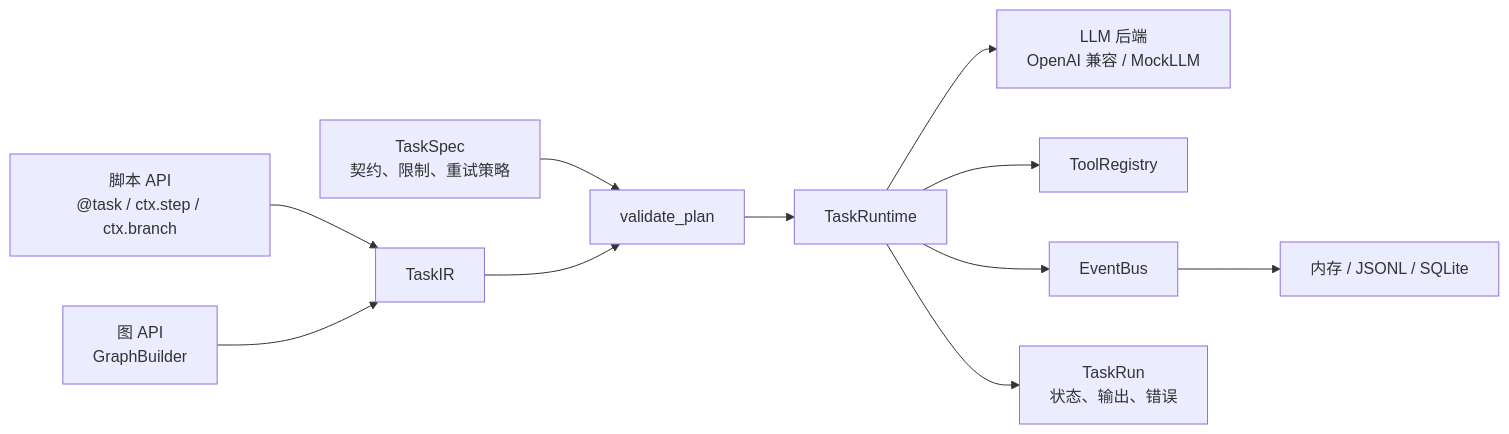
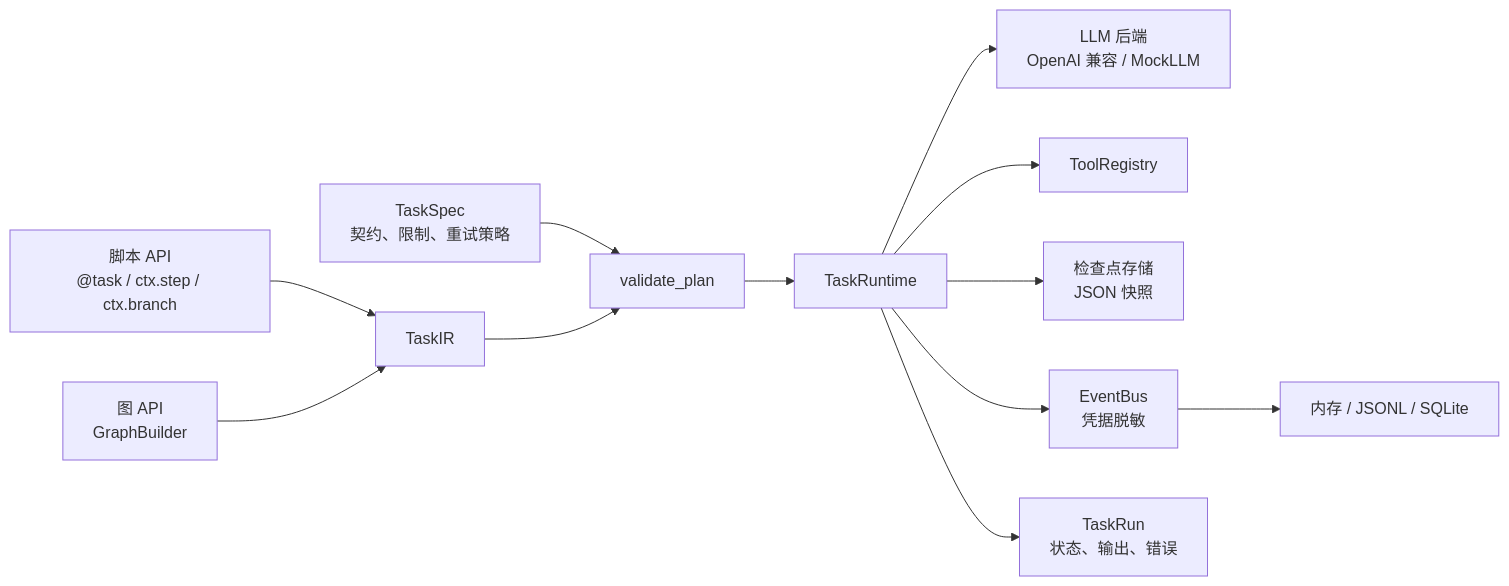
One commit to AdieuJ777/STP-Agent-Framework changed the diagram in README.zh-CN.md. Above: the diagram before and after it, drawn with Mermaid. The commit also changed other lines of this file and 22 other files, not shown here.

````diff
--- a/README.zh-CN.md
+++ b/README.zh-CN.md
@@ -43,13 +44,14 @@
 ```mermaid
 flowchart LR
     S[脚本 API<br/>@task / ctx.step / ctx.branch] --> IR[TaskIR]
     G[图 API<br/>GraphBuilder] --> IR
     SPEC[TaskSpec<br/>契约、限制、重试策略] --> VAL[validate_plan]
     IR --> VAL
     VAL --> RT[TaskRuntime]
     RT --> LLM[LLM 后端<br/>OpenAI 兼容 / MockLLM]
     RT --> TOOLS[ToolRegistry]
-    RT --> EV[EventBus]
+    RT --> CKPT[检查点存储<br/>JSON 快照]
+    RT --> EV[EventBus<br/>凭据脱敏]
     EV --> STORES[内存 / JSONL / SQLite]
     RT --> RUN[TaskRun<br/>状态、输出、错误]
 ```
````
